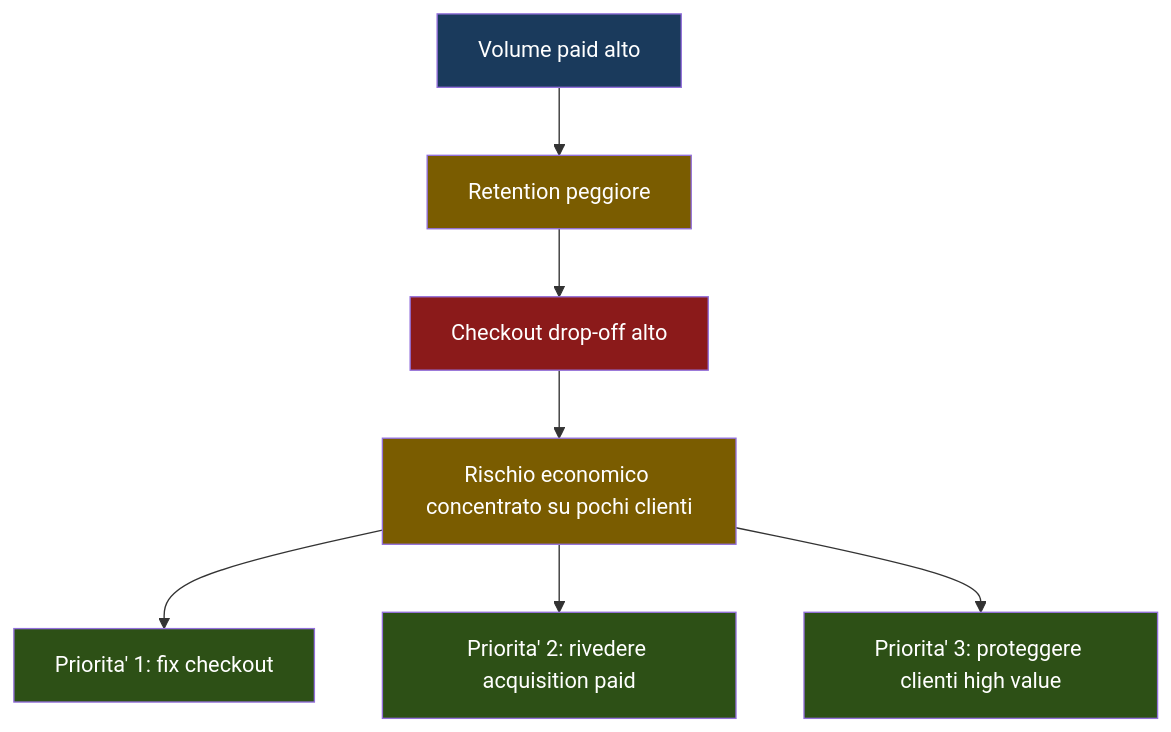
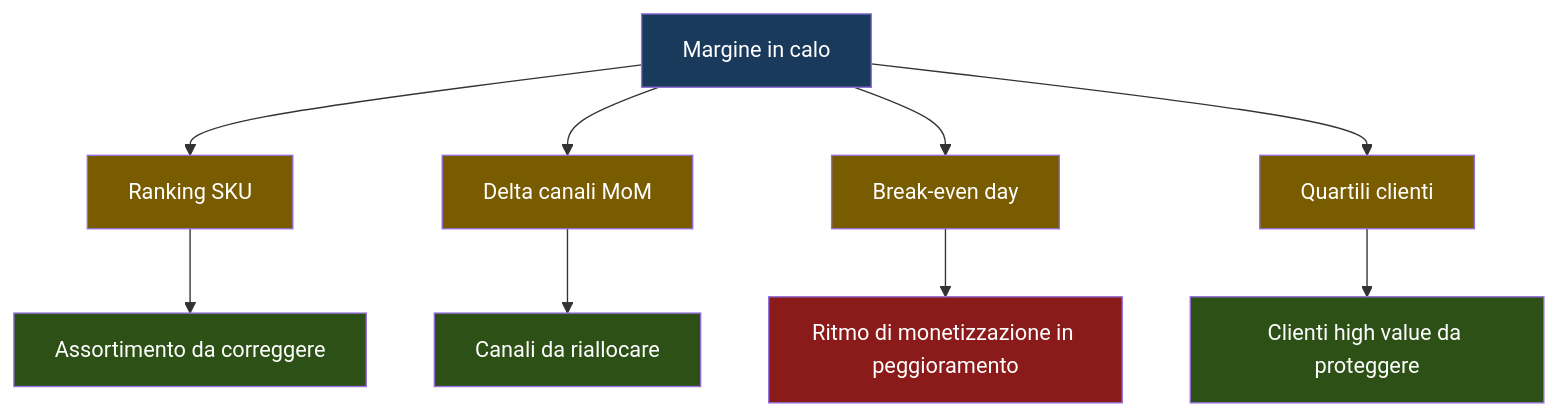
One commit to AndreyBertasini/gynnitech changed the diagram in src/content/corso/advanced-sql/caso-studio.mdx. Above: the diagram before and after it, drawn with Mermaid. The commit also changed other lines of this file and 15 other files, not shown here.

````diff
--- a/src/content/corso/advanced-sql/caso-studio.mdx
+++ b/src/content/corso/advanced-sql/caso-studio.mdx
@@ -287,16 +349,20 @@
 ```mermaid
 graph TD
-    A["Volume paid alto"] --> B["Retention peggiore"]
-    B --> C["Checkout drop-off alto"]
-    C --> D["Rischio economico concentrato su pochi clienti"]
-    D --> E["Priorita' 1: fix checkout"]
-    D --> F["Priorita' 2: rivedere acquisition paid"]
-    D --> G["Priorita' 3: proteggere clienti high value"]
+    A["Margine in calo"] --> B["Ranking SKU"]
+    A --> C["Delta canali MoM"]
+    A --> D["Break-even day"]
+    A --> E["Quartili clienti"]
+    B --> F["Assortimento da correggere"]
+    C --> G["Canali da riallocare"]
+    D --> H["Ritmo di monetizzazione in peggioramento"]
+    E --> I["Clienti high value da proteggere"]
     style A fill:#1a3a5c,color:#ffffff
     style B fill:#7a5c00,color:#ffffff
-    style C fill:#8b1a1a,color:#ffffff
+    style C fill:#7a5c00,color:#ffffff
     style D fill:#7a5c00,color:#ffffff
-    style E fill:#2d5016,color:#ffffff
+    style E fill:#7a5c00,color:#ffffff
     style F fill:#2d5016,color:#ffffff
     style G fill:#2d5016,color:#ffffff
+    style H fill:#8b1a1a,color:#ffffff
+    style I fill:#2d5016,color:#ffffff
 ```
````
